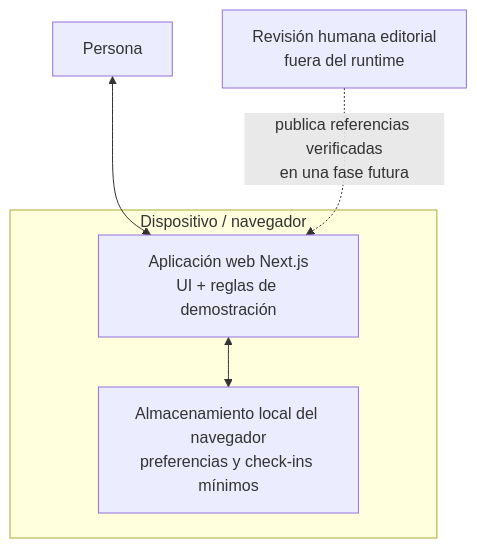
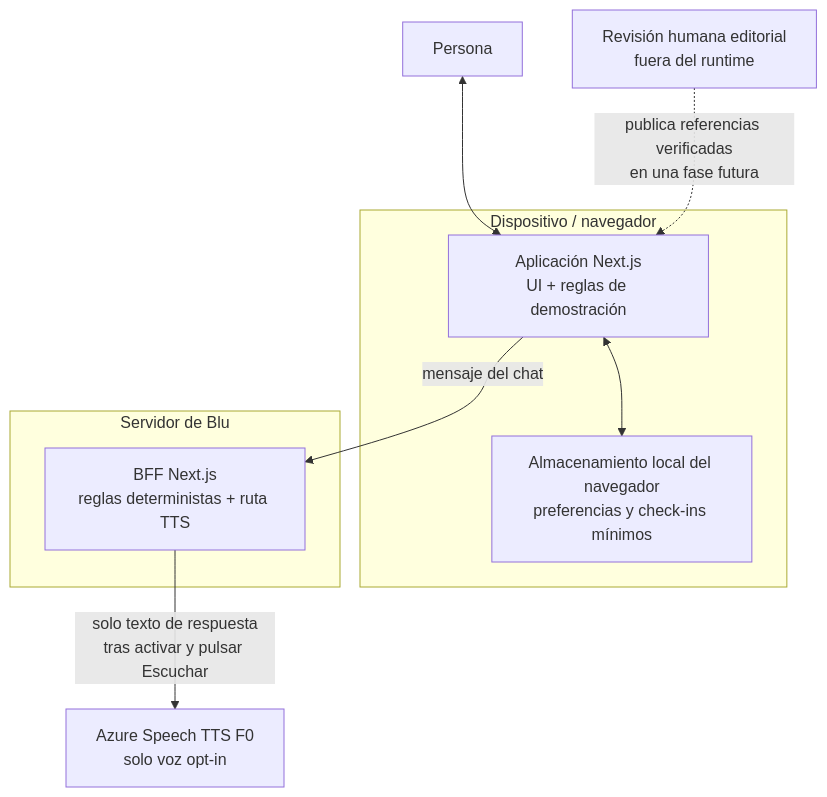
The second of 2 diagrams in docs/ARCHITECTURE.md (cherrera0001/blu), drawn with Mermaid before and after one commit. The commit also changed other lines of this file and 23 other files, not shown here.

````diff
--- a/docs/ARCHITECTURE.md
+++ b/docs/ARCHITECTURE.md
@@ -20,12 +20,18 @@
 ```mermaid
 flowchart TB
   user["Persona"]
   subgraph browser["Dispositivo / navegador"]
-    web["Aplicación web Next.js<br/>UI + reglas de demostración"]
+    web["Aplicación Next.js<br/>UI + reglas de demostración"]
     local["Almacenamiento local del navegador<br/>preferencias y check-ins mínimos"]
     web <--> local
   end
+  subgraph server["Servidor de Blu"]
+    bff["BFF Next.js<br/>reglas deterministas + ruta TTS"]
+  end
+  azure["Azure Speech TTS F0<br/>solo voz opt-in"]
   editor["Revisión humana editorial<br/>fuera del runtime"]
   user <--> web
+  web -->|"mensaje del chat"| bff
+  bff -->|"solo texto de respuesta<br/>tras activar y pulsar Escuchar"| azure
   editor -. "publica referencias verificadas<br/>en una fase futura" .-> web
 ```
````
